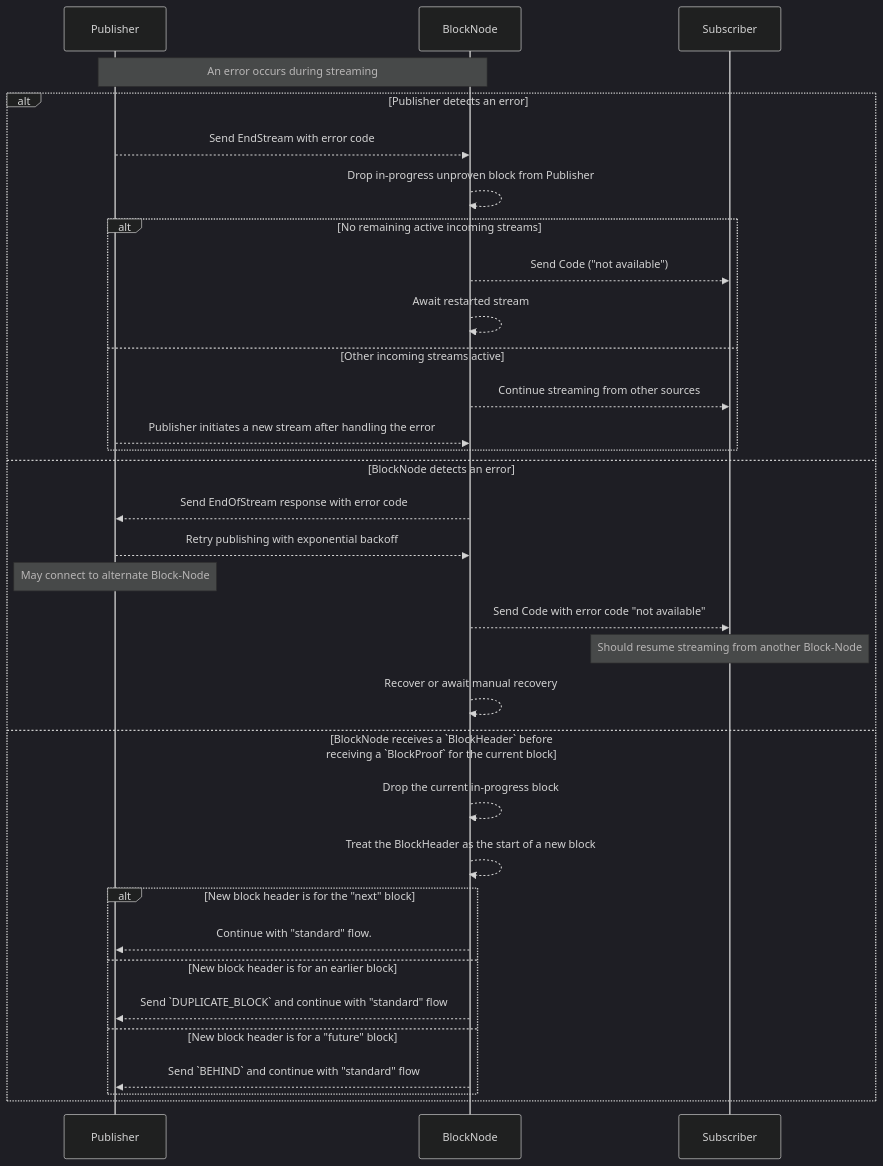
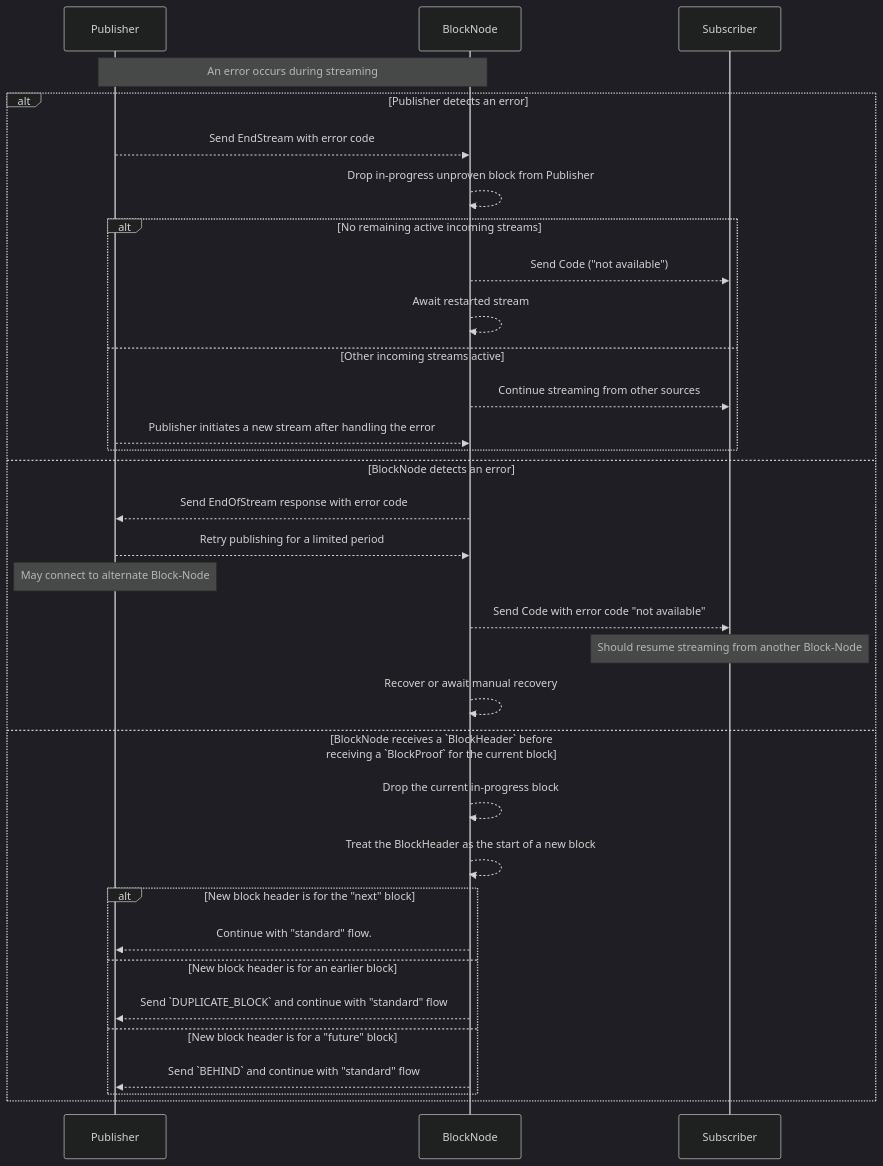
Before and after one commit to hiero-ledger/hiero-improvement-proposals: the third of 3 diagrams in HIP/hip-1081.md, drawn with Mermaid (dark theme). The commit also changed other lines of this file, not shown here.

````diff
--- a/HIP/hip-1081.md
+++ b/HIP/hip-1081.md
@@ -747,37 +753,37 @@
 ```mermaid
 sequenceDiagram
     participant Publisher
     participant BlockNode
     participant Subscriber
 
     Note over Publisher,BlockNode: An error occurs during streaming
 
     alt Publisher detects an error
         Publisher-->>BlockNode: Send EndStream with error code
         BlockNode-->>BlockNode: Drop in-progress unproven block from Publisher
         alt No remaining active incoming streams
             BlockNode-->>Subscriber: Send Code ("not available")
             BlockNode-->>BlockNode: Await restarted stream
         else Other incoming streams active
             BlockNode-->>Subscriber: Continue streaming from other sources
             Publisher-->>BlockNode: Publisher initiates a new stream after handling the error
         end
     else BlockNode detects an error
         BlockNode-->>Publisher: Send EndOfStream response with error code
-        Publisher-->>BlockNode: Retry publishing with exponential backoff
+        Publisher-->>BlockNode: Retry publishing for a limited period
         Note over Publisher: May connect to alternate Block-Node
         BlockNode-->>Subscriber: Send Code with error code "not available"
         Note over Subscriber: Should resume streaming from another Block-Node
         BlockNode-->>BlockNode: Recover or await manual recovery
     else BlockNode receives a `BlockHeader` before<br/>receiving a `BlockProof` for the current block
         BlockNode-->>BlockNode: Drop the current in-progress block
         BlockNode-->>BlockNode: Treat the BlockHeader as the start of a new block
         alt New block header is for the "next" block
             BlockNode-->>Publisher: Continue with "standard" flow.
         else New block header is for an earlier block
             BlockNode-->>Publisher: Send `DUPLICATE_BLOCK` and continue with "standard" flow
         else New block header is for a "future" block
             BlockNode-->>Publisher: Send `BEHIND` and continue with "standard" flow
         end
     end
 ```
````
